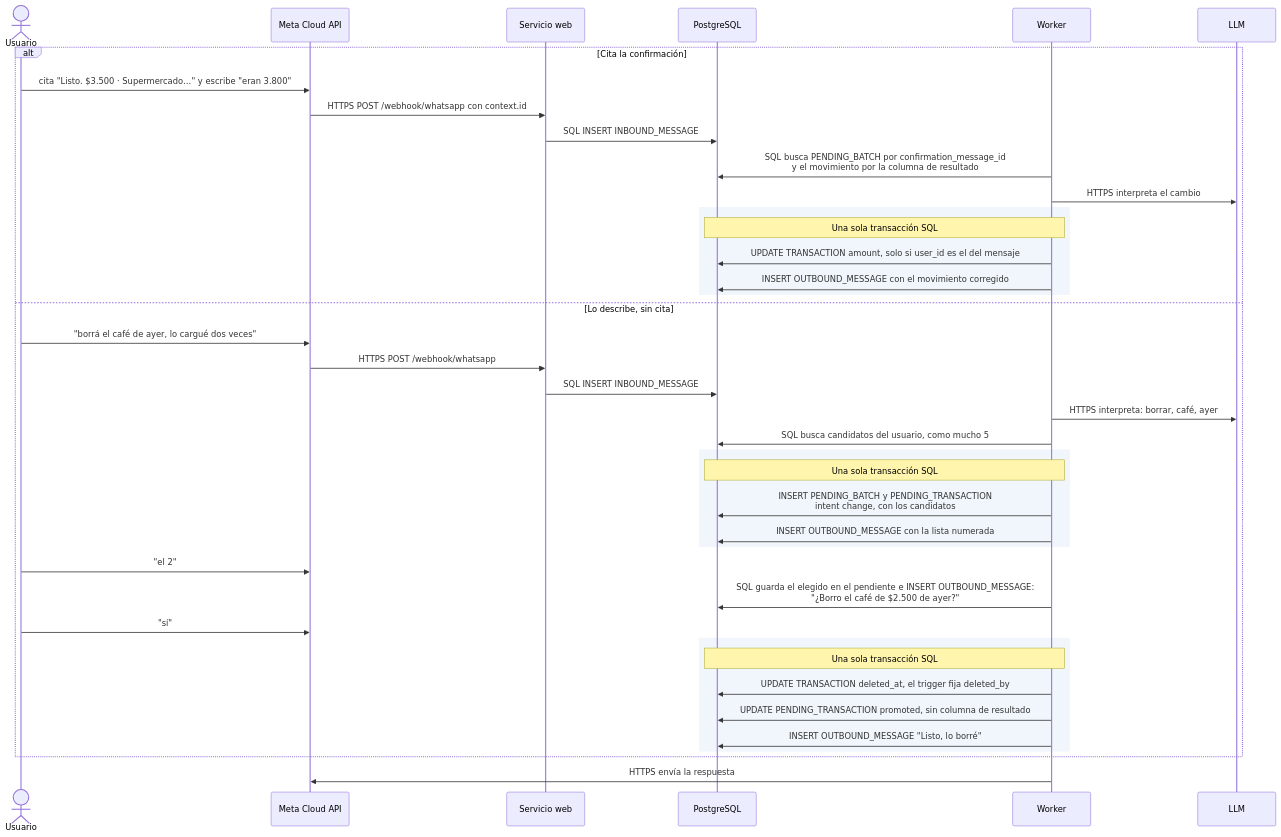
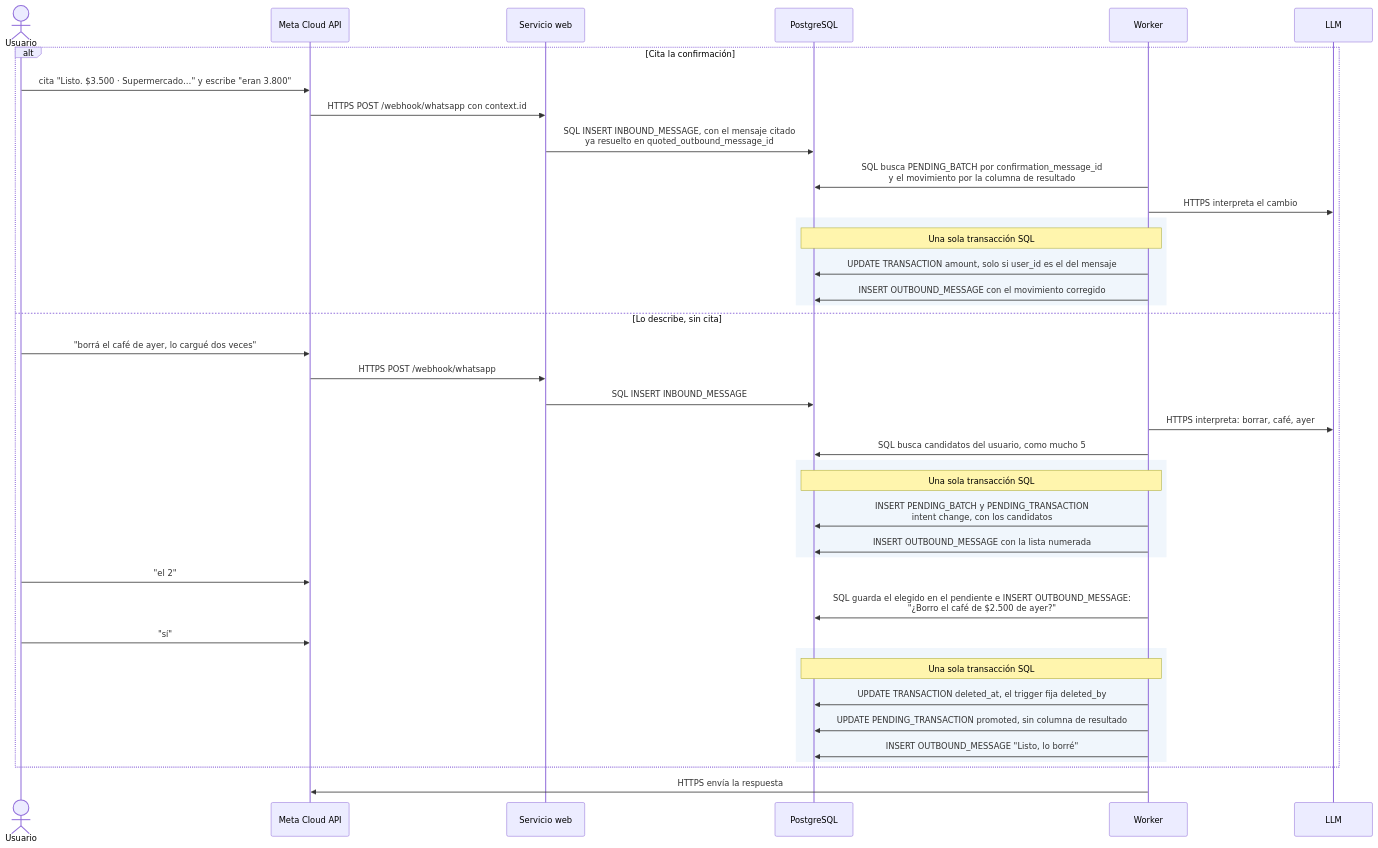
Before and after one commit to verozacarias-prog/AI4Devs-finalproject: diagram 11 of 12 in docs/recorrido-completo.md, drawn with Mermaid. The commit also changed other lines of this file and 25 other files, not shown here.

````diff
--- a/docs/recorrido-completo.md
+++ b/docs/recorrido-completo.md
@@ -414,43 +471,43 @@
 ```mermaid
 sequenceDiagram
     actor U as Usuario
     participant M as Meta Cloud API
     participant API as Servicio web
     participant DB as PostgreSQL
     participant W as Worker
     participant L as LLM
 
     alt Cita la confirmación
         U->>M: cita "Listo. $3.500 · Supermercado…" y escribe "eran 3.800"
         M->>API: HTTPS POST /webhook/whatsapp con context.id
-        API->>DB: SQL INSERT INBOUND_MESSAGE
+        API->>DB: SQL INSERT INBOUND_MESSAGE, con el mensaje citado<br/>ya resuelto en quoted_outbound_message_id
         W->>DB: SQL busca PENDING_BATCH por confirmation_message_id<br/>y el movimiento por la columna de resultado
         W->>L: HTTPS interpreta el cambio
         rect rgb(240, 246, 252)
             Note over W,DB: Una sola transacción SQL
             W->>DB: UPDATE TRANSACTION amount, solo si user_id es el del mensaje
             W->>DB: INSERT OUTBOUND_MESSAGE con el movimiento corregido
         end
     else Lo describe, sin cita
         U->>M: "borrá el café de ayer, lo cargué dos veces"
         M->>API: HTTPS POST /webhook/whatsapp
         API->>DB: SQL INSERT INBOUND_MESSAGE
         W->>L: HTTPS interpreta: borrar, café, ayer
         W->>DB: SQL busca candidatos del usuario, como mucho 5
         rect rgb(240, 246, 252)
             Note over W,DB: Una sola transacción SQL
             W->>DB: INSERT PENDING_BATCH y PENDING_TRANSACTION<br/>intent change, con los candidatos
             W->>DB: INSERT OUTBOUND_MESSAGE con la lista numerada
         end
         U->>M: "el 2"
         W->>DB: SQL guarda el elegido en el pendiente e INSERT OUTBOUND_MESSAGE:<br/>"¿Borro el café de $2.500 de ayer?"
         U->>M: "sí"
         rect rgb(240, 246, 252)
             Note over W,DB: Una sola transacción SQL
             W->>DB: UPDATE TRANSACTION deleted_at, el trigger fija deleted_by
             W->>DB: UPDATE PENDING_TRANSACTION promoted, sin columna de resultado
             W->>DB: INSERT OUTBOUND_MESSAGE "Listo, lo borré"
         end
     end
     W->>M: HTTPS envía la respuesta
 ```
````
